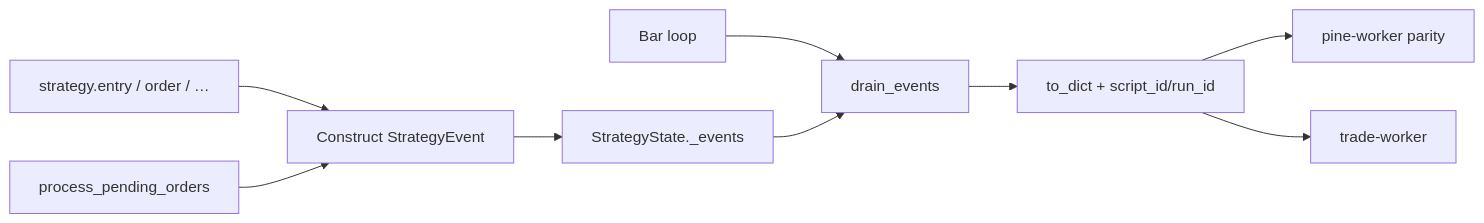
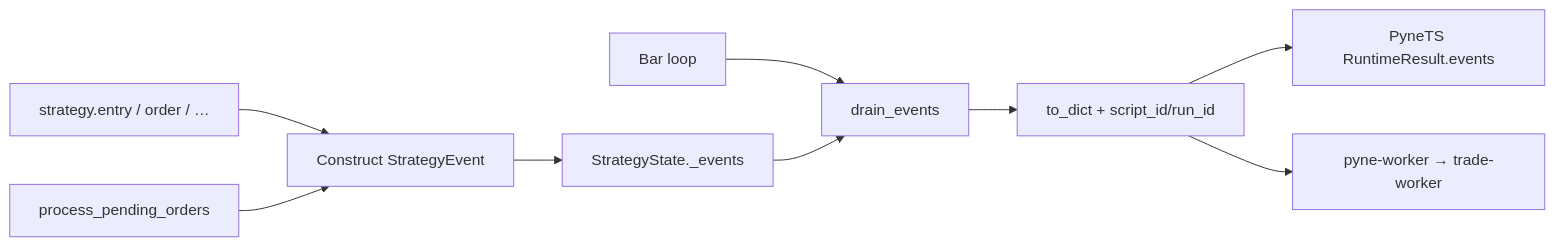
Before and after one commit to hoox-sh/pyne: the diagram in docs/pyne/runtime/events.mdx, drawn with Mermaid. The commit also changed other lines of this file and 60 other files, not shown here.

````diff
--- a/docs/pyne/runtime/events.mdx
+++ b/docs/pyne/runtime/events.mdx
@@ -33,11 +33,11 @@
 ```mermaid
 flowchart LR
   Builtin[strategy.entry / order / …] --> Emit[Construct StrategyEvent]
   Fill[process_pending_orders] --> Emit
   Emit --> Buf[StrategyState._events]
   Host[Bar loop] --> Drain[drain_events]
   Buf --> Drain
   Drain --> Dict[to_dict + script_id/run_id]
-  Dict --> PW[pine-worker parity]
-  Dict --> HOOX[trade-worker]
+  Dict --> TS[PyneTS RuntimeResult.events]
+  Dict --> HOOX[pyne-worker → trade-worker]
 ```
````
